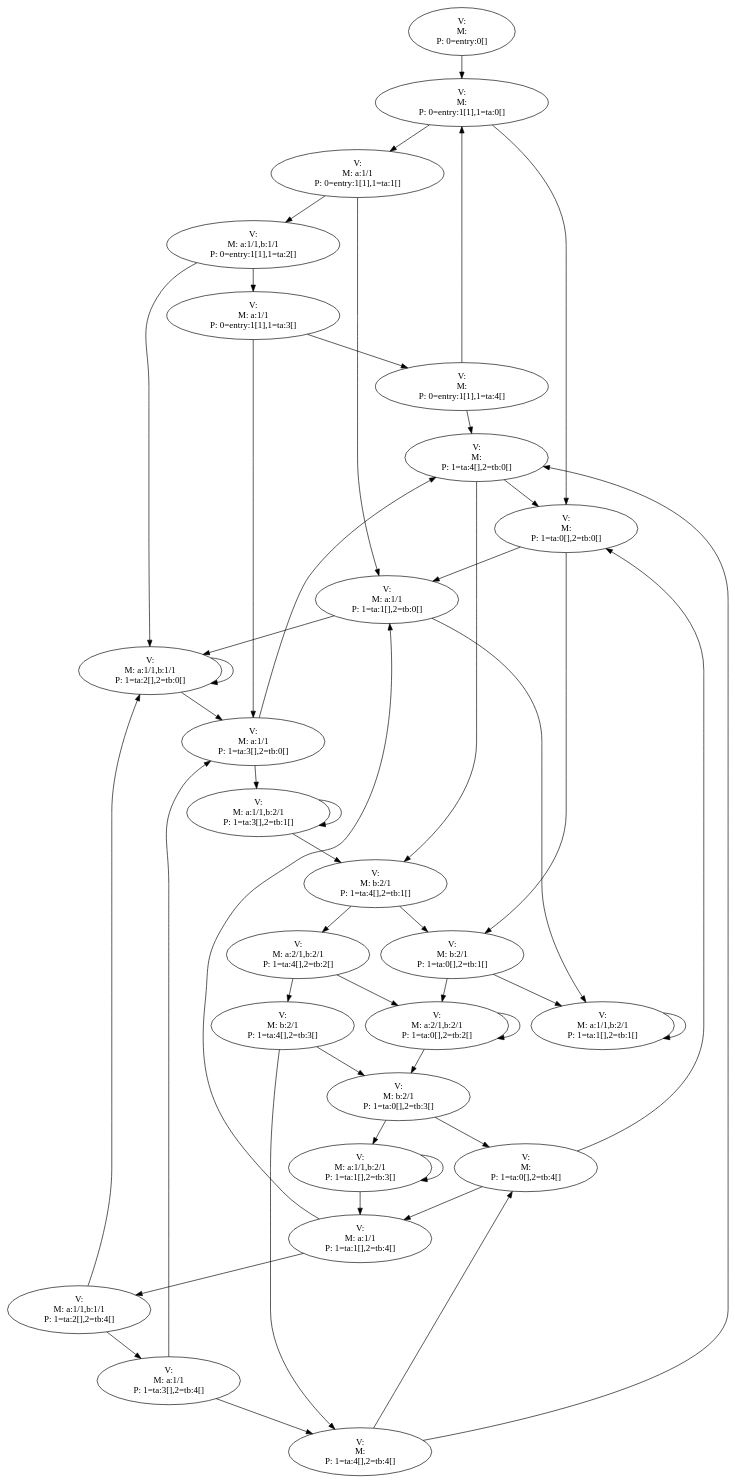
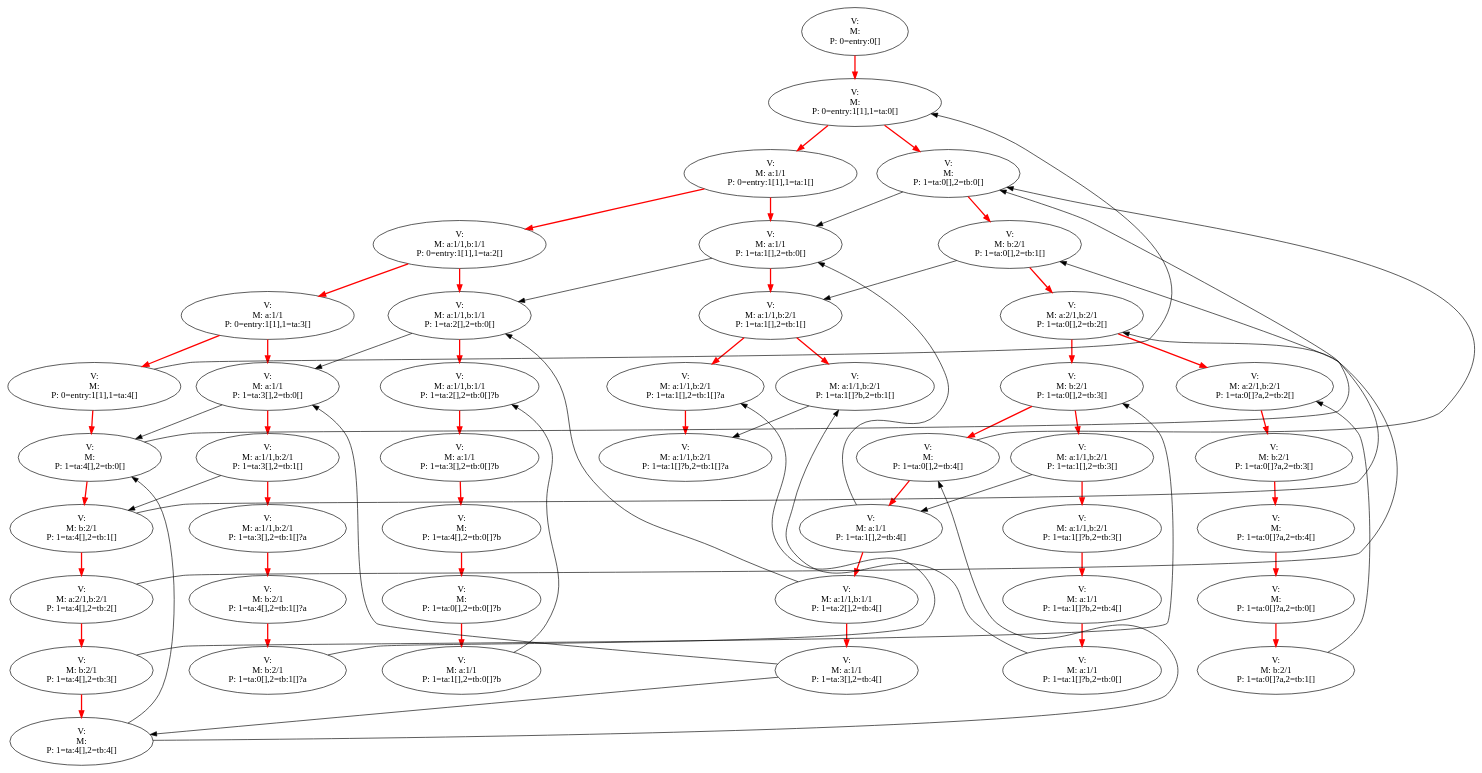
The diagram in deadlock.dot (jkff/minxmod), drawn with Graphviz before and after one commit. The commit also changed other lines of this file and 4 other files, not shown here.

```diff
--- a/deadlock.dot
+++ b/deadlock.dot
@@ -1,75 +1,113 @@
 digraph g {
 1 [label = "V: \nM: \nP: 0=entry:0[]"]
 2 [label = "V: \nM: \nP: 0=entry:1[1],1=ta:0[]"]
 3 [label = "V: \nM: a:1/1\nP: 0=entry:1[1],1=ta:1[]"]
 4 [label = "V: \nM: \nP: 1=ta:0[],2=tb:0[]"]
 5 [label = "V: \nM: a:1/1,b:1/1\nP: 0=entry:1[1],1=ta:2[]"]
 6 [label = "V: \nM: a:1/1\nP: 1=ta:1[],2=tb:0[]"]
 7 [label = "V: \nM: b:2/1\nP: 1=ta:0[],2=tb:1[]"]
 8 [label = "V: \nM: a:1/1\nP: 0=entry:1[1],1=ta:3[]"]
 9 [label = "V: \nM: a:1/1,b:1/1\nP: 1=ta:2[],2=tb:0[]"]
 10 [label = "V: \nM: a:1/1,b:2/1\nP: 1=ta:1[],2=tb:1[]"]
 11 [label = "V: \nM: a:2/1,b:2/1\nP: 1=ta:0[],2=tb:2[]"]
 12 [label = "V: \nM: \nP: 0=entry:1[1],1=ta:4[]"]
 13 [label = "V: \nM: a:1/1\nP: 1=ta:3[],2=tb:0[]"]
-14 [label = "V: \nM: b:2/1\nP: 1=ta:0[],2=tb:3[]"]
-15 [label = "V: \nM: \nP: 1=ta:4[],2=tb:0[]"]
-16 [label = "V: \nM: a:1/1,b:2/1\nP: 1=ta:3[],2=tb:1[]"]
-17 [label = "V: \nM: \nP: 1=ta:0[],2=tb:4[]"]
-18 [label = "V: \nM: a:1/1,b:2/1\nP: 1=ta:1[],2=tb:3[]"]
-19 [label = "V: \nM: b:2/1\nP: 1=ta:4[],2=tb:1[]"]
-20 [label = "V: \nM: a:1/1\nP: 1=ta:1[],2=tb:4[]"]
-21 [label = "V: \nM: a:2/1,b:2/1\nP: 1=ta:4[],2=tb:2[]"]
-22 [label = "V: \nM: a:1/1,b:1/1\nP: 1=ta:2[],2=tb:4[]"]
-23 [label = "V: \nM: b:2/1\nP: 1=ta:4[],2=tb:3[]"]
-24 [label = "V: \nM: a:1/1\nP: 1=ta:3[],2=tb:4[]"]
-25 [label = "V: \nM: \nP: 1=ta:4[],2=tb:4[]"]
-1 -> 2
-2 -> 4
-2 -> 3
-3 -> 6
-3 -> 5
-4 -> 6
-4 -> 7
-5 -> 9
-5 -> 8
-6 -> 9
-6 -> 10
-7 -> 10
-7 -> 11
-8 -> 13
-8 -> 12
-9 -> 13
-9 -> 9
-10 -> 10
-11 -> 11
-11 -> 14
-12 -> 15
-12 -> 2
-13 -> 15
-13 -> 16
-14 -> 18
-14 -> 17
-15 -> 4
-15 -> 19
-16 -> 19
-16 -> 16
-17 -> 20
-17 -> 4
-18 -> 18
-18 -> 20
-19 -> 7
-19 -> 21
-20 -> 22
-20 -> 6
-21 -> 11
-21 -> 23
-22 -> 24
-22 -> 9
-23 -> 14
-23 -> 25
-24 -> 25
-24 -> 13
-25 -> 17
-25 -> 15
+14 [label = "V: \nM: a:1/1,b:1/1\nP: 1=ta:2[],2=tb:0[]?b"]
+15 [label = "V: \nM: a:1/1,b:2/1\nP: 1=ta:1[],2=tb:1[]?a"]
+16 [label = "V: \nM: a:1/1,b:2/1\nP: 1=ta:1[]?b,2=tb:1[]"]
+17 [label = "V: \nM: b:2/1\nP: 1=ta:0[],2=tb:3[]"]
+18 [label = "V: \nM: a:2/1,b:2/1\nP: 1=ta:0[]?a,2=tb:2[]"]
+19 [label = "V: \nM: \nP: 1=ta:4[],2=tb:0[]"]
+20 [label = "V: \nM: a:1/1,b:2/1\nP: 1=ta:3[],2=tb:1[]"]
+21 [label = "V: \nM: a:1/1\nP: 1=ta:3[],2=tb:0[]?b"]
+22 [label = "V: \nM: a:1/1,b:2/1\nP: 1=ta:1[]?b,2=tb:1[]?a"]
+23 [label = "V: \nM: \nP: 1=ta:0[],2=tb:4[]"]
+24 [label = "V: \nM: a:1/1,b:2/1\nP: 1=ta:1[],2=tb:3[]"]
+25 [label = "V: \nM: b:2/1\nP: 1=ta:0[]?a,2=tb:3[]"]
+26 [label = "V: \nM: b:2/1\nP: 1=ta:4[],2=tb:1[]"]
+27 [label = "V: \nM: a:1/1,b:2/1\nP: 1=ta:3[],2=tb:1[]?a"]
+28 [label = "V: \nM: \nP: 1=ta:4[],2=tb:0[]?b"]
+29 [label = "V: \nM: a:1/1\nP: 1=ta:1[],2=tb:4[]"]
+30 [label = "V: \nM: a:1/1,b:2/1\nP: 1=ta:1[]?b,2=tb:3[]"]
+31 [label = "V: \nM: \nP: 1=ta:0[]?a,2=tb:4[]"]
+32 [label = "V: \nM: a:2/1,b:2/1\nP: 1=ta:4[],2=tb:2[]"]
+33 [label = "V: \nM: b:2/1\nP: 1=ta:4[],2=tb:1[]?a"]
+34 [label = "V: \nM: \nP: 1=ta:0[],2=tb:0[]?b"]
+35 [label = "V: \nM: a:1/1,b:1/1\nP: 1=ta:2[],2=tb:4[]"]
+36 [label = "V: \nM: a:1/1\nP: 1=ta:1[]?b,2=tb:4[]"]
+37 [label = "V: \nM: \nP: 1=ta:0[]?a,2=tb:0[]"]
+38 [label = "V: \nM: b:2/1\nP: 1=ta:4[],2=tb:3[]"]
+39 [label = "V: \nM: b:2/1\nP: 1=ta:0[],2=tb:1[]?a"]
+40 [label = "V: \nM: a:1/1\nP: 1=ta:1[],2=tb:0[]?b"]
+41 [label = "V: \nM: a:1/1\nP: 1=ta:3[],2=tb:4[]"]
+42 [label = "V: \nM: a:1/1\nP: 1=ta:1[]?b,2=tb:0[]"]
+43 [label = "V: \nM: b:2/1\nP: 1=ta:0[]?a,2=tb:1[]"]
+44 [label = "V: \nM: \nP: 1=ta:4[],2=tb:4[]"]
+1 -> 2 [style=bold, color=red, weight=10]
+2 -> 4 [style=bold, color=red, weight=10]
+2 -> 3 [style=bold, color=red, weight=10]
+3 -> 6 [style=bold, color=red, weight=10]
+3 -> 5 [style=bold, color=red, weight=10]
+4 -> 6 [constraint=false]
+4 -> 7 [style=bold, color=red, weight=10]
+5 -> 9 [style=bold, color=red, weight=10]
+5 -> 8 [style=bold, color=red, weight=10]
+6 -> 9 [constraint=false]
+6 -> 10 [style=bold, color=red, weight=10]
+7 -> 10 [constraint=false]
+7 -> 11 [style=bold, color=red, weight=10]
+8 -> 13 [style=bold, color=red, weight=10]
+8 -> 12 [style=bold, color=red, weight=10]
+9 -> 13 [constraint=false]
+9 -> 14 [style=bold, color=red, weight=10]
+10 -> 16 [style=bold, color=red, weight=10]
+10 -> 15 [style=bold, color=red, weight=10]
+11 -> 18 [style=bold, color=red, weight=10]
+11 -> 17 [style=bold, color=red, weight=10]
+12 -> 19 [style=bold, color=red, weight=10]
+12 -> 2 [constraint=false]
+13 -> 19 [constraint=false]
+13 -> 20 [style=bold, color=red, weight=10]
+14 -> 21 [style=bold, color=red, weight=10]
+15 -> 22 [style=bold, color=red, weight=10]
+16 -> 22 [constraint=false]
+17 -> 24 [style=bold, color=red, weight=10]
+17 -> 23 [style=bold, color=red, weight=10]
+18 -> 25 [style=bold, color=red, weight=10]
+19 -> 4 [constraint=false]
+19 -> 26 [style=bold, color=red, weight=10]
+20 -> 26 [constraint=false]
+20 -> 27 [style=bold, color=red, weight=10]
+21 -> 28 [style=bold, color=red, weight=10]
+23 -> 29 [style=bold, color=red, weight=10]
+23 -> 4 [constraint=false]
+24 -> 30 [style=bold, color=red, weight=10]
+24 -> 29 [constraint=false]
+25 -> 31 [style=bold, color=red, weight=10]
+26 -> 7 [constraint=false]
+26 -> 32 [style=bold, color=red, weight=10]
+27 -> 33 [style=bold, color=red, weight=10]
+28 -> 34 [style=bold, color=red, weight=10]
+29 -> 35 [style=bold, color=red, weight=10]
+29 -> 6 [constraint=false]
+30 -> 36 [style=bold, color=red, weight=10]
+31 -> 37 [style=bold, color=red, weight=10]
+32 -> 11 [constraint=false]
+32 -> 38 [style=bold, color=red, weight=10]
+33 -> 39 [style=bold, color=red, weight=10]
+34 -> 40 [style=bold, color=red, weight=10]
+35 -> 41 [style=bold, color=red, weight=10]
+35 -> 9 [constraint=false]
+36 -> 42 [style=bold, color=red, weight=10]
+37 -> 43 [style=bold, color=red, weight=10]
+38 -> 17 [constraint=false]
+38 -> 44 [style=bold, color=red, weight=10]
+39 -> 15 [constraint=false]
+40 -> 14 [constraint=false]
+41 -> 44 [constraint=false]
+41 -> 13 [constraint=false]
+42 -> 16 [constraint=false]
+43 -> 18 [constraint=false]
+44 -> 23 [constraint=false]
+44 -> 19 [constraint=false]
 }
```
